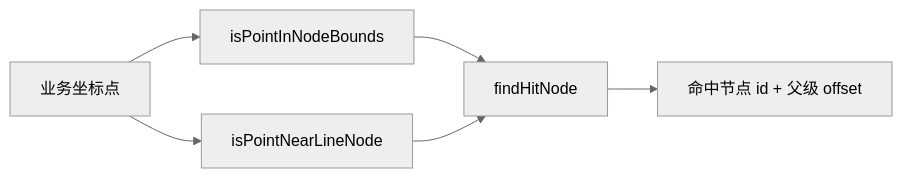
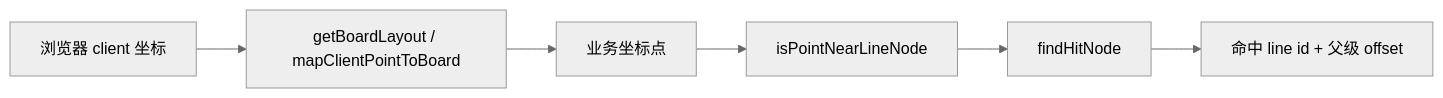
Before and after one commit to Tajigaqzh/paint-canvas: the fifth of 8 diagrams in src/pages/home/hooks/README.md, drawn with Mermaid (neutral theme). The commit also changed other lines of this file and 101 other files, not shown here.

Commit message:
refactor: 拆分 Leafer hook 并接入图片缓存与单测

````diff
--- a/src/pages/home/hooks/README.md
+++ b/src/pages/home/hooks/README.md
@@ -195,8 +213,8 @@
 ```mermaid
 flowchart LR
-  Point[业务坐标点] --> Bounds[isPointInNodeBounds]
+  Client[浏览器 client 坐标] --> Layout[getBoardLayout / mapClientPointToBoard]
+  Layout --> Point[业务坐标点]
   Point --> LineHit[isPointNearLineNode]
-  Bounds --> Hit[findHitNode]
-  LineHit --> Hit
-  Hit --> Result[命中节点 id + 父级 offset]
+  LineHit --> Hit[findHitNode]
+  Hit --> Result[命中 line id + 父级 offset]
 ```
````
